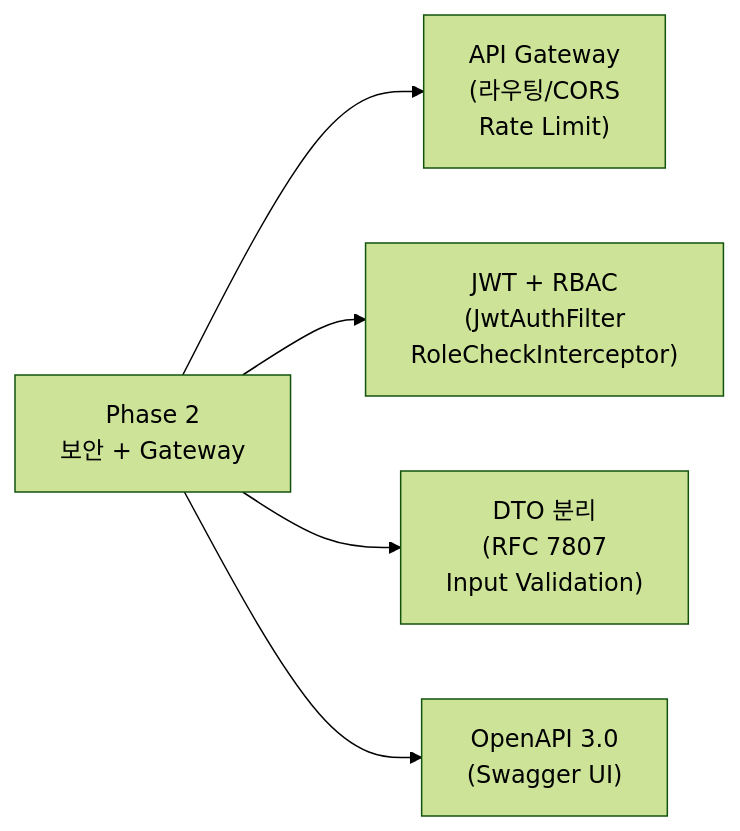
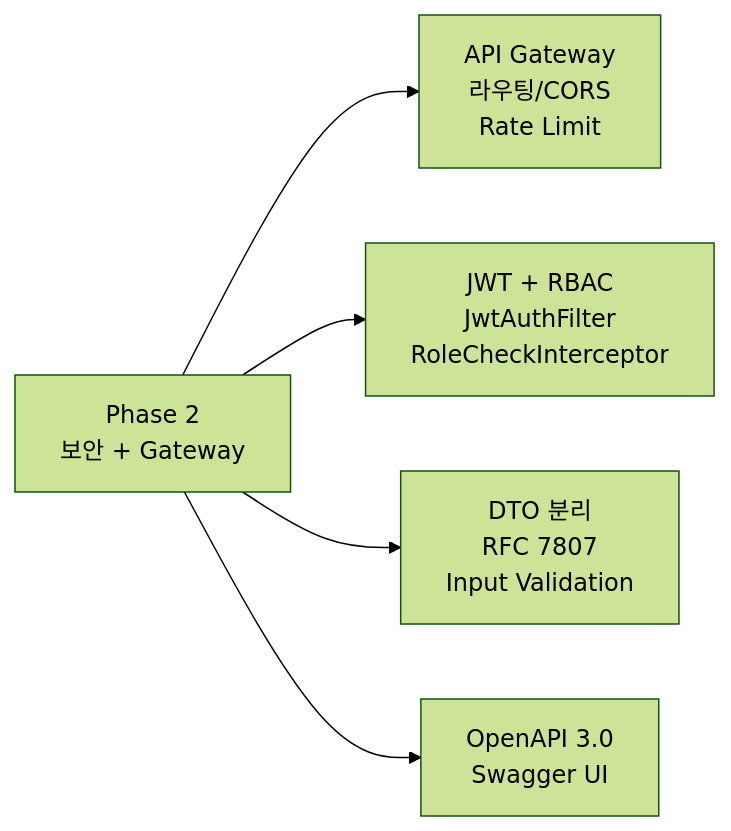
Diagram 21 of 23 in docs/ARCHITECTURE.md (janghoesoo1/pact-conference-demo-phase1), drawn with Mermaid (forest theme) before and after one commit. The commit also changed other lines of this file and 6 other files, not shown here.

First line of the commit message:
feat: Gateway ProxyExchange 라우팅, JWT 필터 수정, 아키텍처 문서 보강

````diff
--- a/docs/ARCHITECTURE.md
+++ b/docs/ARCHITECTURE.md
@@ -1277,8 +1269,8 @@
 ```mermaid
 graph LR
-    P2["Phase 2\n보안 + Gateway"]
-    P2 --> E["API Gateway\n(라우팅/CORS\nRate Limit)"]
-    P2 --> F["JWT + RBAC\n(JwtAuthFilter\nRoleCheckInterceptor)"]
-    P2 --> G["DTO 분리\n(RFC 7807\nInput Validation)"]
-    P2 --> H["OpenAPI 3.0\n(Swagger UI)"]
+    P2["Phase 2<br/>보안 + Gateway"]
+    P2 --> E["API Gateway<br/>라우팅/CORS<br/>Rate Limit"]
+    P2 --> F["JWT + RBAC<br/>JwtAuthFilter<br/>RoleCheckInterceptor"]
+    P2 --> G["DTO 분리<br/>RFC 7807<br/>Input Validation"]
+    P2 --> H["OpenAPI 3.0<br/>Swagger UI"]
 ```
````
